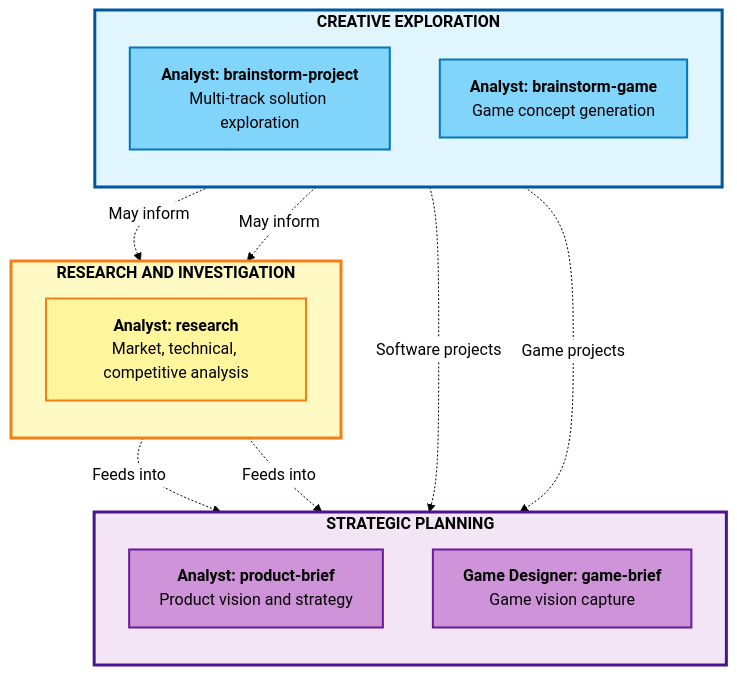
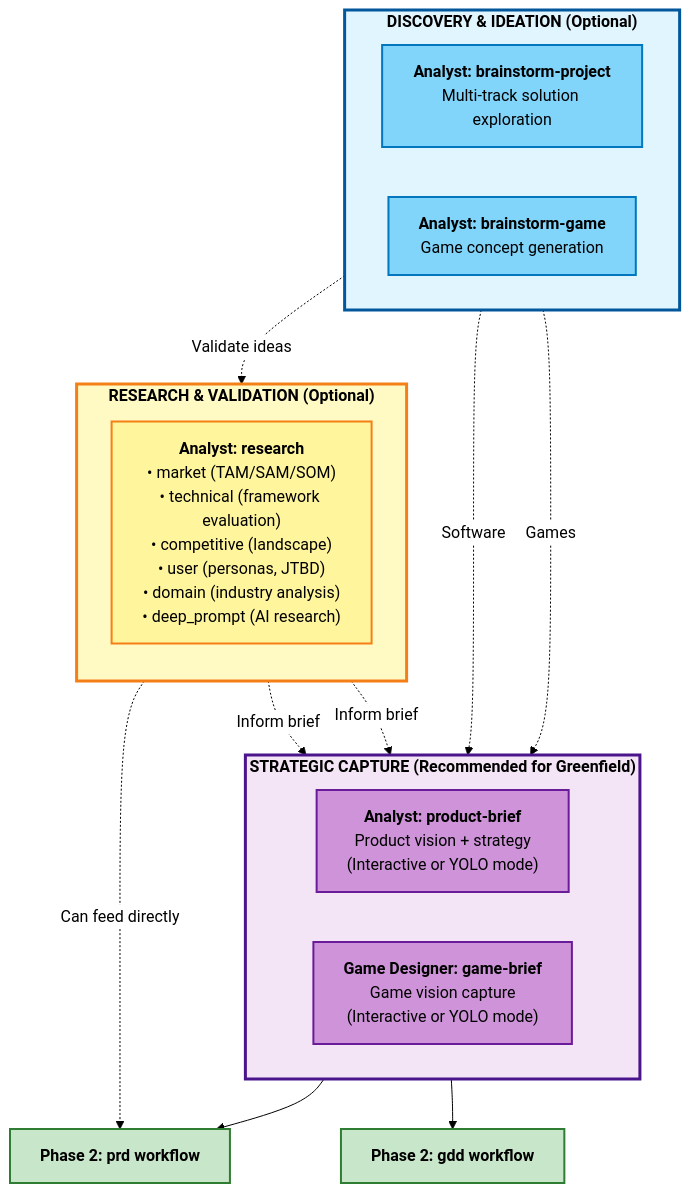
The diagram in bmad/bmm/docs/workflows-analysis.md (acita-gmbh/eaf), drawn with Mermaid before and after one commit. The commit also changed other lines of this file and 80 other files, not shown here.

````diff
--- a/bmad/bmm/docs/workflows-analysis.md
+++ b/bmad/bmm/docs/workflows-analysis.md
@@ -24,37 +19,41 @@
 ```mermaid
 %%{init: {'theme':'base', 'themeVariables': { 'primaryColor':'#fff','primaryTextColor':'#000','primaryBorderColor':'#000','lineColor':'#000','fontSize':'16px','fontFamily':'arial'}}}%%
 graph TB
-    subgraph Creative["<b>CREATIVE EXPLORATION</b>"]
-        direction TB
+    subgraph Discovery["<b>DISCOVERY & IDEATION (Optional)</b>"]
+        direction LR
         BrainstormProject["<b>Analyst: brainstorm-project</b><br/>Multi-track solution exploration"]
         BrainstormGame["<b>Analyst: brainstorm-game</b><br/>Game concept generation"]
     end
 
-    subgraph Strategic["<b>STRATEGIC PLANNING</b>"]
+    subgraph Research["<b>RESEARCH & VALIDATION (Optional)</b>"]
         direction TB
-        ProductBrief["<b>Analyst: product-brief</b><br/>Product vision and strategy"]
-        GameBrief["<b>Game Designer: game-brief</b><br/>Game vision capture"]
+        ResearchWF["<b>Analyst: research</b><br/>• market (TAM/SAM/SOM)<br/>• technical (framework evaluation)<br/>• competitive (landscape)<br/>• user (personas, JTBD)<br/>• domain (industry analysis)<br/>• deep_prompt (AI research)"]
     end
 
-    subgraph Research["<b>RESEARCH AND INVESTIGATION</b>"]
-        direction TB
-        ResearchWF["<b>Analyst: research</b><br/>Market, technical, competitive analysis"]
+    subgraph Strategy["<b>STRATEGIC CAPTURE (Recommended for Greenfield)</b>"]
+        direction LR
+        ProductBrief["<b>Analyst: product-brief</b><br/>Product vision + strategy<br/>(Interactive or YOLO mode)"]
+        GameBrief["<b>Game Designer: game-brief</b><br/>Game vision capture<br/>(Interactive or YOLO mode)"]
     end
 
-    Creative -.->|Software projects| ProductBrief
-    Creative -.->|Game projects| GameBrief
-    BrainstormProject -.->|May inform| ResearchWF
-    BrainstormGame -.->|May inform| ResearchWF
-    ResearchWF -.->|Feeds into| ProductBrief
-    ResearchWF -.->|Feeds into| GameBrief
+    Discovery -.->|Software| ProductBrief
+    Discovery -.->|Games| GameBrief
+    Discovery -.->|Validate ideas| Research
+    Research -.->|Inform brief| ProductBrief
+    Research -.->|Inform brief| GameBrief
+    ProductBrief --> Phase2["<b>Phase 2: prd workflow</b>"]
+    GameBrief --> Phase2Game["<b>Phase 2: gdd workflow</b>"]
+    Research -.->|Can feed directly| Phase2
 
-    style Creative fill:#e1f5fe,stroke:#01579b,stroke-width:3px,color:#000
-    style Strategic fill:#f3e5f5,stroke:#4a148c,stroke-width:3px,color:#000
+    style Discovery fill:#e1f5fe,stroke:#01579b,stroke-width:3px,color:#000
     style Research fill:#fff9c4,stroke:#f57f17,stroke-width:3px,color:#000
+    style Strategy fill:#f3e5f5,stroke:#4a148c,stroke-width:3px,color:#000
+    style Phase2 fill:#c8e6c9,stroke:#2e7d32,stroke-width:2px,color:#000
+    style Phase2Game fill:#c8e6c9,stroke:#2e7d32,stroke-width:2px,color:#000
 
     style BrainstormProject fill:#81d4fa,stroke:#0277bd,stroke-width:2px,color:#000
     style BrainstormGame fill:#81d4fa,stroke:#0277bd,stroke-width:2px,color:#000
+    style ResearchWF fill:#fff59d,stroke:#f57f17,stroke-width:2px,color:#000
     style ProductBrief fill:#ce93d8,stroke:#6a1b9a,stroke-width:2px,color:#000
     style GameBrief fill:#ce93d8,stroke:#6a1b9a,stroke-width:2px,color:#000
-    style ResearchWF fill:#fff59d,stroke:#f57f17,stroke-width:2px,color:#000
 ```
````
